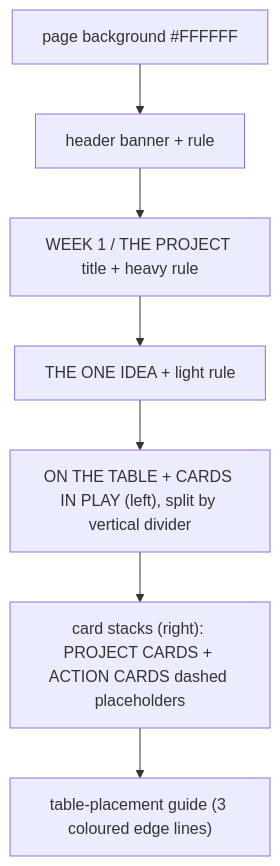
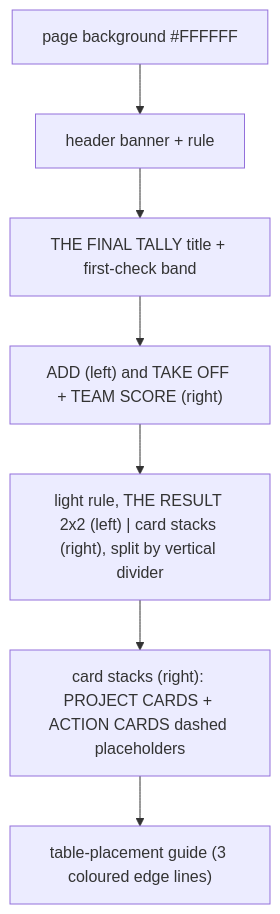
One commit to Hegerstrand/seven-weeks changed the fifth of 11 diagrams in components/specs/boards.md. Above: the diagram before and after it, drawn with Mermaid. The commit also changed other lines of this file and 33 other files, not shown here.

Commit message:
Balance pass v0.35: Own It, Speak Up, Take One, combos from week 1, new backs

````diff
--- a/components/specs/boards.md
+++ b/components/specs/boards.md
@@ -393,9 +390,9 @@
 ```mermaid
 graph TD
   A["page background #FFFFFF"] --> B["header banner + rule"]
-  B --> C["WEEK 1 / THE PROJECT title + heavy rule"]
-  C --> D["THE ONE IDEA + light rule"]
-  D --> E["ON THE TABLE + CARDS IN PLAY (left), split by vertical divider"]
+  B --> C["THE FINAL TALLY title + first-check band"]
+  C --> D["ADD (left) and TAKE OFF + TEAM SCORE (right)"]
+  D --> E["light rule, THE RESULT 2x2 (left) | card stacks (right), split by vertical divider"]
   E --> F["card stacks (right): PROJECT CARDS + ACTION CARDS dashed placeholders"]
   F --> G["table-placement guide (3 coloured edge lines)"]
 ```
````
